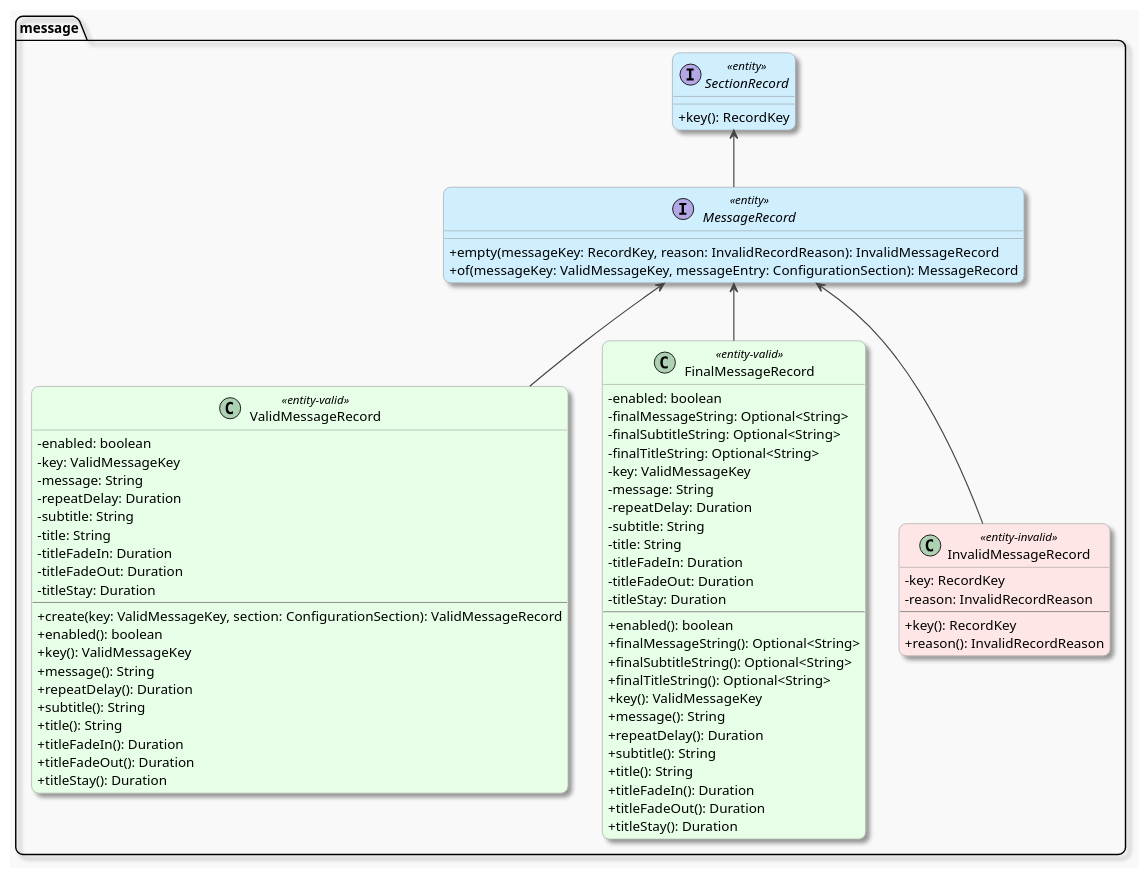
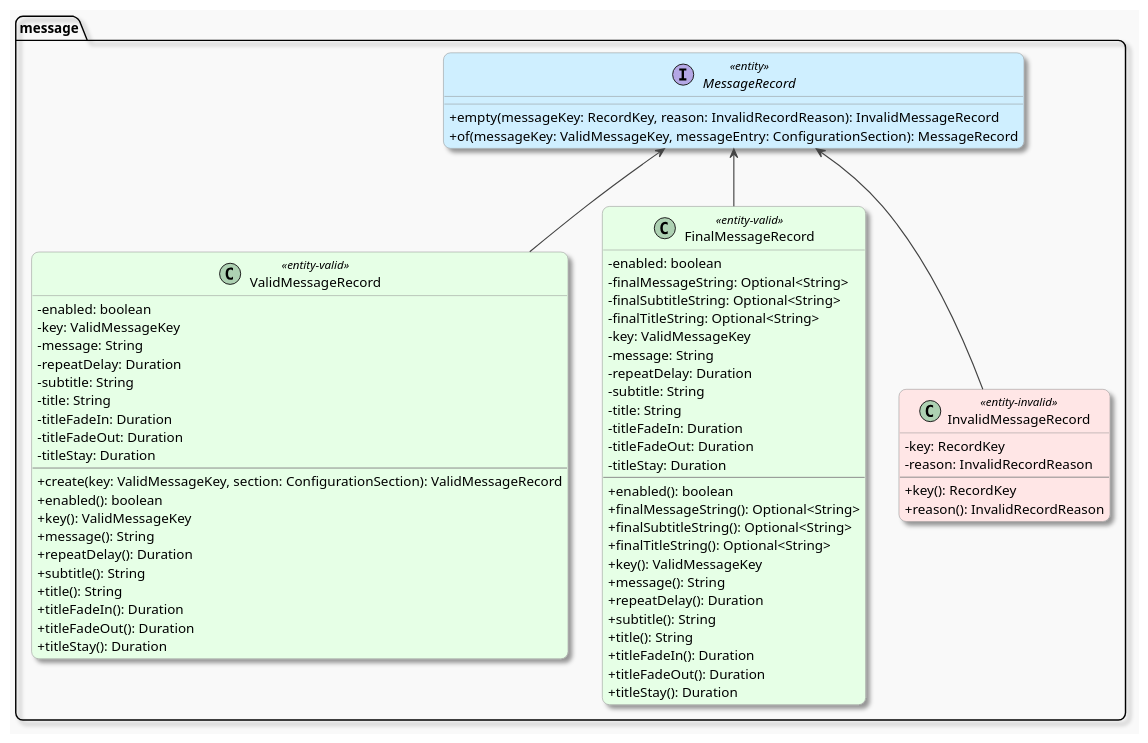
Before and after one commit to winterhavenmc/MessageBuilderLib: the diagram in models/src/main/java/com/winterhavenmc/library/messagebuilder/models/language/message/doc-files/MessageRecord_structure_alt.puml, drawn with PlantUML. The commit also changed 8 other files, not shown here.

Commit message:
add diagrams, package-info.java

```diff
--- a/models/src/main/java/com/winterhavenmc/library/messagebuilder/models/language/message/doc-files/MessageRecord_structure_alt.puml
+++ b/models/src/main/java/com/winterhavenmc/library/messagebuilder/models/language/message/doc-files/MessageRecord_structure_alt.puml
@@ -1,104 +1,94 @@
 @startuml
 
 ' === GLOBAL STYLING ===
 skinparam backgroundColor #f9f9f9
 skinparam shadowing true
 skinparam roundCorner 15
 skinparam ArrowColor #444444
 skinparam ArrowThickness 1.2
 skinparam ArrowFontSize 11
 skinparam packageTitleFontSize 14
 skinparam classFontName "Helvetica"
 skinparam classAttributeIconSize 0
 skinparam class {
   BackgroundColor white
   BorderColor #888888
 }
 skinparam class {
   BackgroundColor<<entity>> #cfefff
   BackgroundColor<<entity-valid>> #e6ffe6
   BackgroundColor<<entity-invalid>> #ffe6e6
 }
 
 package message {
-    interface SectionRecord <<entity>> {
-        + key(): RecordKey
-    }
-
     interface MessageRecord <<entity>> {
         + empty(messageKey: RecordKey, reason: InvalidRecordReason): InvalidMessageRecord
         + of(messageKey: ValidMessageKey, messageEntry: ConfigurationSection): MessageRecord
     }
 
     class ValidMessageRecord <<entity-valid>> {
         - enabled: boolean
         - key: ValidMessageKey
         - message: String
         - repeatDelay: Duration
         - subtitle: String
         - title: String
         - titleFadeIn: Duration
         - titleFadeOut: Duration
         - titleStay: Duration
         --
         + create(key: ValidMessageKey, section: ConfigurationSection): ValidMessageRecord
         + enabled(): boolean
         + key(): ValidMessageKey
         + message(): String
         + repeatDelay(): Duration
         + subtitle(): String
         + title(): String
         + titleFadeIn(): Duration
         + titleFadeOut(): Duration
         + titleStay(): Duration
     }
 
     class FinalMessageRecord <<entity-valid>> {
         - enabled: boolean
         - finalMessageString: Optional<String>
         - finalSubtitleString: Optional<String>
         - finalTitleString: Optional<String>
         - key: ValidMessageKey
         - message: String
         - repeatDelay: Duration
         - subtitle: String
         - title: String
         - titleFadeIn: Duration
         - titleFadeOut: Duration
         - titleStay: Duration
         --
         + enabled(): boolean
         + finalMessageString(): Optional<String>
         + finalSubtitleString(): Optional<String>
         + finalTitleString(): Optional<String>
         + key(): ValidMessageKey
         + message(): String
         + repeatDelay(): Duration
         + subtitle(): String
         + title(): String
         + titleFadeIn(): Duration
         + titleFadeOut(): Duration
         + titleStay(): Duration
     }
 
     class InvalidMessageRecord <<entity-invalid>> {
         - key: RecordKey
         - reason: InvalidRecordReason
         --
         + key(): RecordKey
         + reason(): InvalidRecordReason
     }
 }
 
-'MessageRecord788219698 -> FinalMessageRecord788219698[arrowhead=none, arrowtail=empty, dir=both];
-'MessageRecord788219698 -> InvalidMessageRecord788219698[arrowhead=none, arrowtail=empty, dir=both];
-'MessageRecord788219698 -> ValidMessageRecord788219698[arrowhead=none, arrowtail=empty, dir=both];
-'SectionRecord1572118503 -> MessageRecord788219698[arrowhead=none, arrowtail=empty, dir=both];
-
 'edges
-SectionRecord <-- MessageRecord
 MessageRecord <-- ValidMessageRecord
 MessageRecord <-- FinalMessageRecord
 MessageRecord <-- InvalidMessageRecord
 
 @enduml
```
